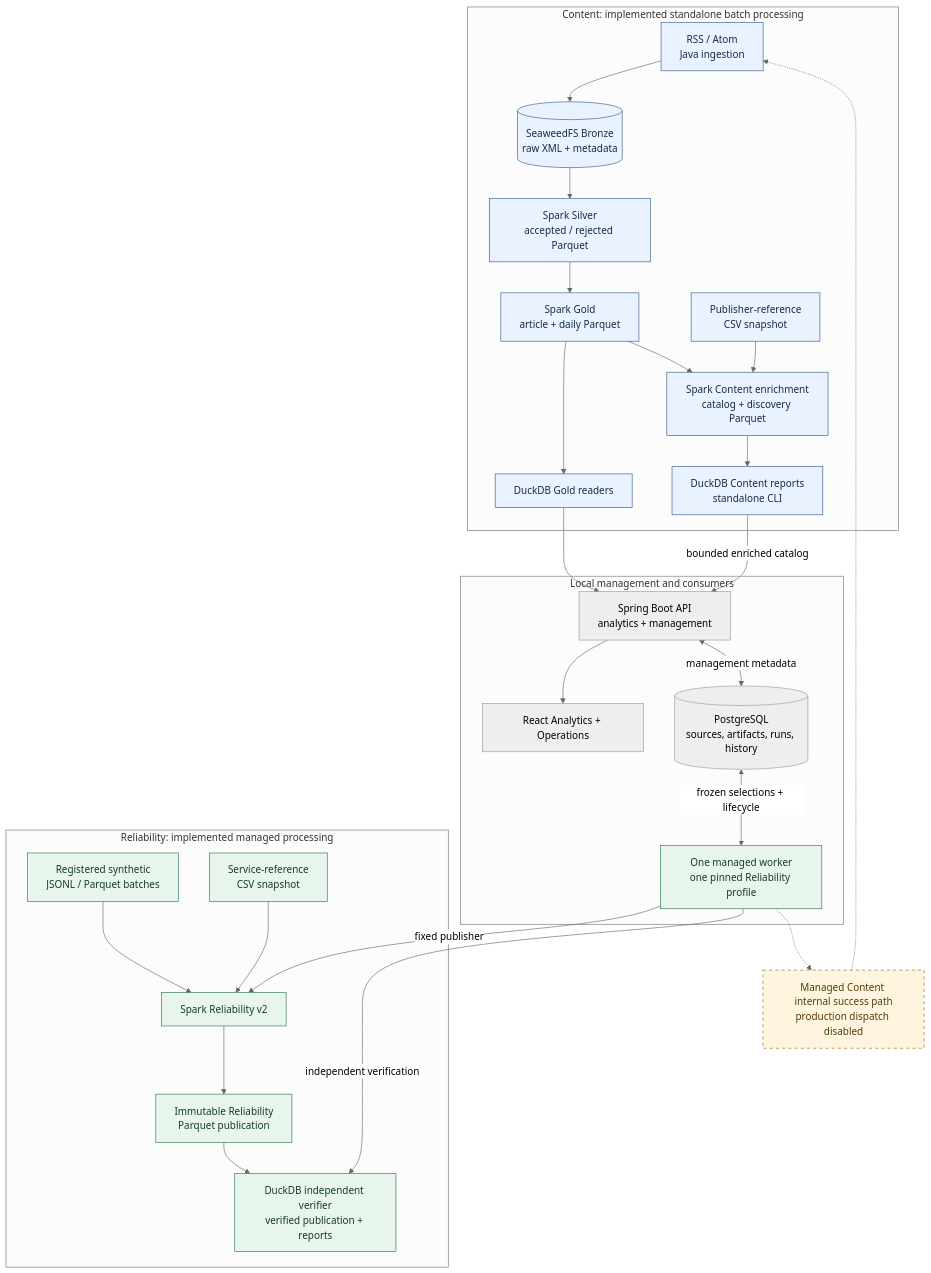
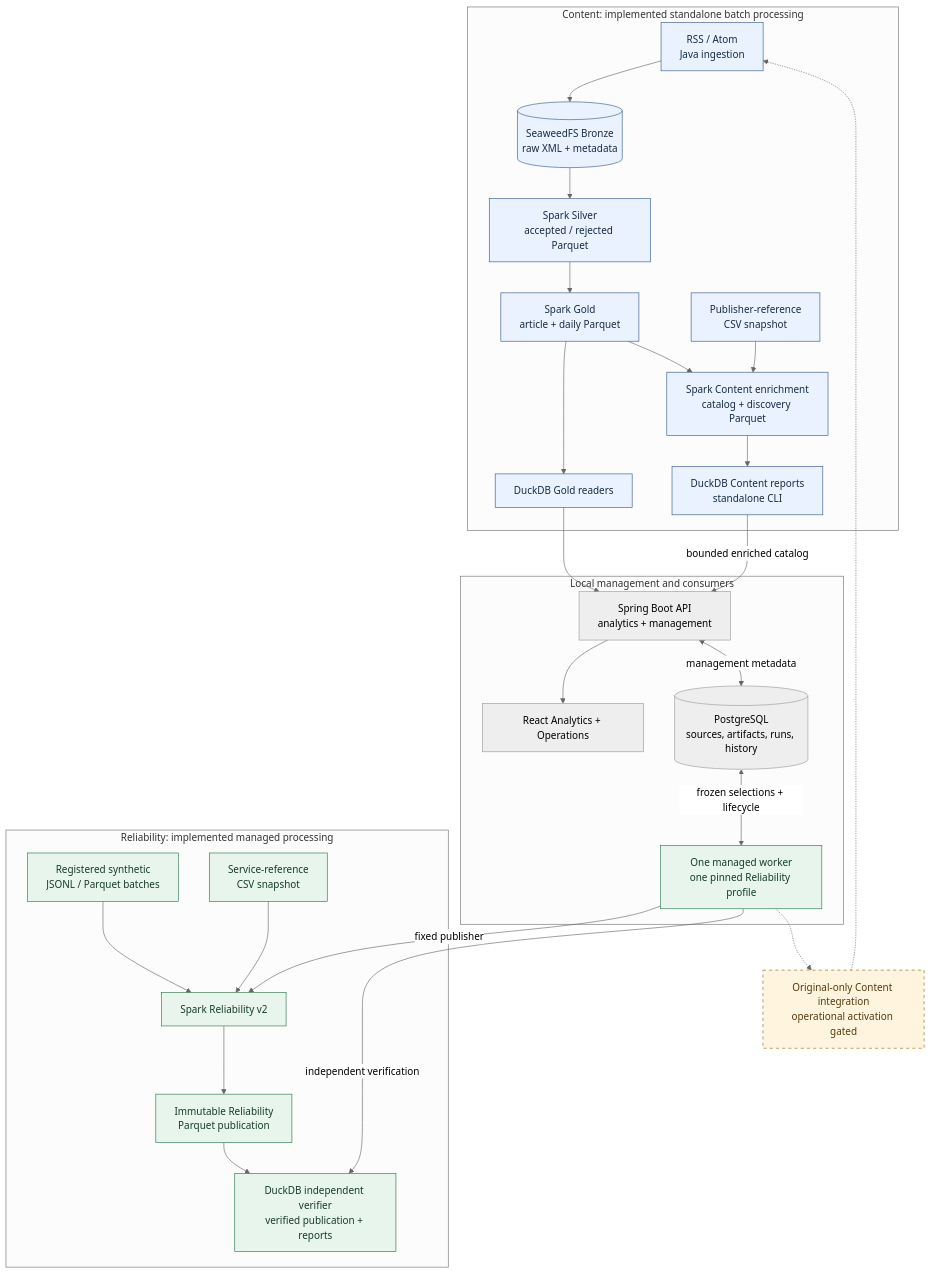
Before and after one commit to saurabh-tayade/distributed-data-intelligence-platform: the diagram in README.md, drawn with Mermaid (neutral theme). The commit also changed other lines of this file and 39 other files, not shown here.

Commit message:
feat(e5): integrate original-only managed Content worker lifecycle

````diff
--- a/README.md
+++ b/README.md
@@ -43,39 +43,39 @@
 ```mermaid
 flowchart TB
     subgraph CONTENT["Content: implemented standalone batch processing"]
         feeds["RSS / Atom<br/>Java ingestion"] --> bronze[("SeaweedFS Bronze<br/>raw XML + metadata")]
         bronze --> silver["Spark Silver<br/>accepted / rejected Parquet"]
         silver --> gold["Spark Gold<br/>article + daily Parquet"]
         gold --> goldSQL["DuckDB Gold readers"]
         gold --> enrich["Spark Content enrichment<br/>catalog + discovery Parquet"]
         publisher["Publisher-reference<br/>CSV snapshot"] --> enrich
         enrich --> contentSQL["DuckDB Content reports<br/>standalone CLI"]
     end
 
     subgraph RELIABILITY["Reliability: implemented managed processing"]
         batches["Registered synthetic<br/>JSONL / Parquet batches"] --> spark["Spark Reliability v2"]
         service["Service-reference<br/>CSV snapshot"] --> spark
         spark --> publication["Immutable Reliability<br/>Parquet publication"]
         publication --> reliabilitySQL["DuckDB independent verifier<br/>verified publication + reports"]
     end
 
     subgraph CONTROL["Local management and consumers"]
         api["Spring Boot API<br/>analytics + management"] --> react["React Analytics + Operations"]
         api <-->|"management metadata"| postgres[("PostgreSQL<br/>sources, artifacts, runs, history")]
         postgres <-->|"frozen selections + lifecycle"| worker["One managed worker<br/>one pinned Reliability profile"]
     end
 
     goldSQL --> api
     contentSQL -->|"bounded enriched catalog"| api
     worker -->|"fixed publisher"| spark
     worker -->|"independent verification"| reliabilitySQL
-    worker -.-> managedContent["Managed Content internal success path<br/>production dispatch disabled"]
+    worker -.-> managedContent["Original-only Content integration<br/>operational activation gated"]
     managedContent -.-> feeds
 
     classDef standalone fill:#eaf2ff,stroke:#315a8a,color:#172c46;
     classDef managed fill:#e7f5ed,stroke:#28754b,color:#173c29;
     classDef planned fill:#fff5df,stroke:#936413,color:#553b0c,stroke-dasharray:5 5;
     class feeds,bronze,silver,gold,enrich,publisher,goldSQL,contentSQL standalone;
     class batches,service,spark,publication,reliabilitySQL,worker managed;
     class managedContent planned;
 ```
````
